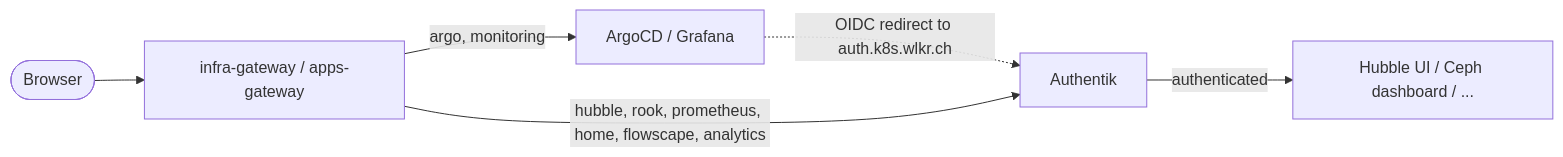
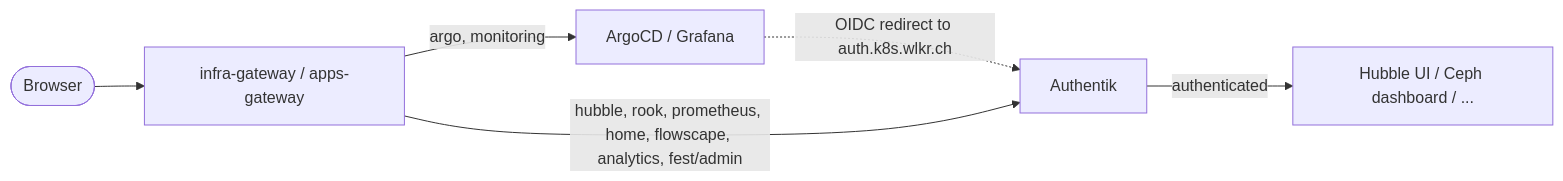
Before and after one commit to JanWelker/homelab: the diagram in docs/platform/authentik.md, drawn with Mermaid. The commit also changed other lines of this file and 3 other files, not shown here.

````diff
--- a/docs/platform/authentik.md
+++ b/docs/platform/authentik.md
@@ -42,8 +42,8 @@
 ```mermaid
 flowchart LR
     U([Browser]) --> GW[infra-gateway / apps-gateway]
     GW -->|argo, monitoring| APP[ArgoCD / Grafana]
     APP -.->|OIDC redirect to auth.k8s.wlkr.ch| AK[Authentik]
-    GW -->|hubble, rook, prometheus, home, flowscape, analytics| AK
+    GW -->|hubble, rook, prometheus, home, flowscape, analytics, fest/admin| AK
     AK -->|authenticated| BE[Hubble UI / Ceph dashboard / ...]
 ```
````
